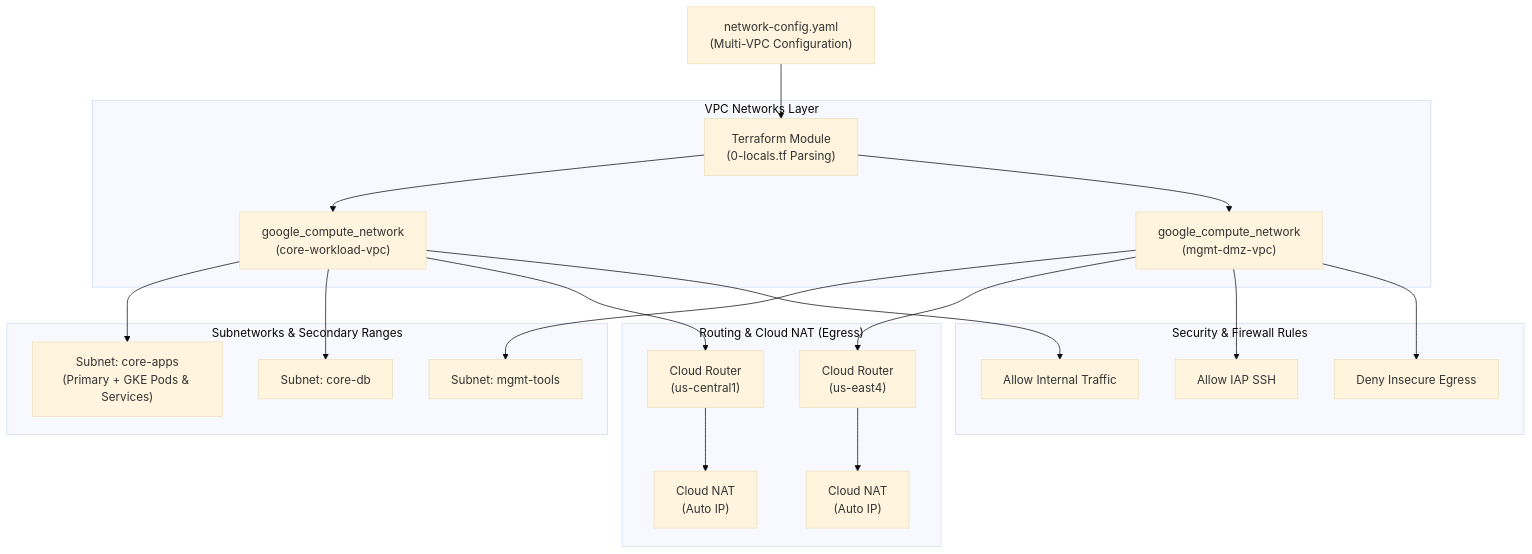
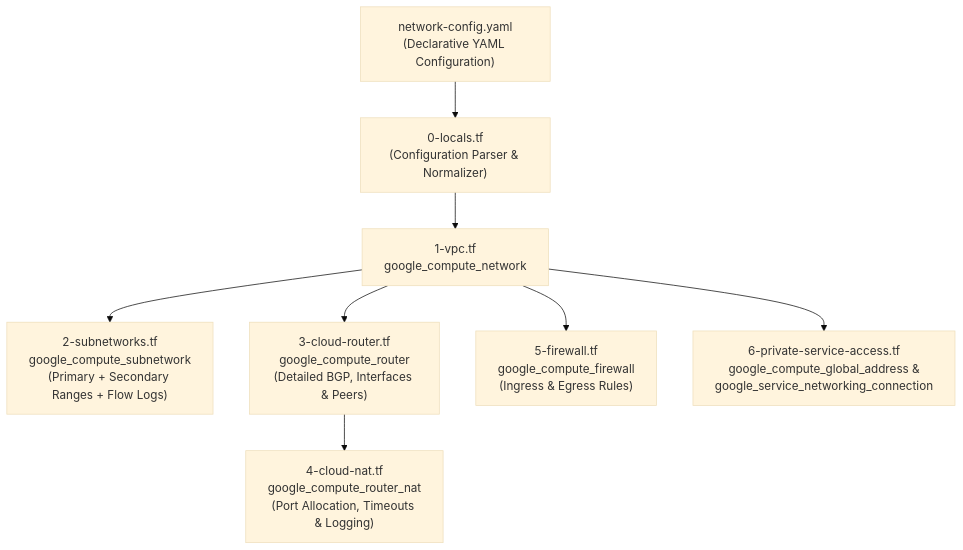
One commit to yuva-cloud-devops/gcp-terraform-custom-modules changed the diagram in networking-infrastructure/vpc-subnet-router-nat-firewall/README.md. Above: the diagram before and after it, drawn with Mermaid (base theme). The commit also changed other lines of this file and 10 other files, not shown here.

Commit message:
feat: add vpc subnet router nat firewall and psa terraform module

````diff
--- a/networking-infrastructure/vpc-subnet-router-nat-firewall/README.md
+++ b/networking-infrastructure/vpc-subnet-router-nat-firewall/README.md
@@ -16,26 +12,11 @@
 ```mermaid
 flowchart TD
-    YAML["network-config.yaml<br/>(Multi-VPC Configuration)"] --> Module["Terraform Module<br/>(0-locals.tf Parsing)"]
-    
-    subgraph VPC_Layer ["VPC Networks Layer"]
-        Module --> VPC1["google_compute_network<br/>(core-workload-vpc)"]
-        Module --> VPC2["google_compute_network<br/>(mgmt-dmz-vpc)"]
-    end
+    YAML["network-config.yaml<br/>(Declarative YAML Configuration)"] --> Locals["0-locals.tf<br/>(Configuration Parser & Normalizer)"]
 
-    subgraph Subnet_Layer ["Subnetworks & Secondary Ranges"]
-        VPC1 --> S1["Subnet: core-apps<br/>(Primary + GKE Pods & Services)"]
-        VPC1 --> S2["Subnet: core-db"]
-        VPC2 --> S3["Subnet: mgmt-tools"]
-    end
-
-    subgraph NAT_Routing_Layer ["Routing & Cloud NAT (Egress)"]
-        VPC1 --> R1["Cloud Router<br/>(us-central1)"] --> N1["Cloud NAT<br/>(Auto IP)"]
-        VPC2 --> R2["Cloud Router<br/>(us-east4)"] --> N2["Cloud NAT<br/>(Auto IP)"]
-    end
-
-    subgraph Security_Layer ["Security & Firewall Rules"]
-        VPC1 --> FW1["Allow Internal Traffic"]
-        VPC2 --> FW2["Allow IAP SSH"]
-        VPC2 --> FW3["Deny Insecure Egress"]
-    end
+    Locals --> VPC["1-vpc.tf<br/>google_compute_network"]
+    VPC --> Subnets["2-subnetworks.tf<br/>google_compute_subnetwork<br/>(Primary + Secondary Ranges + Flow Logs)"]
+    VPC --> Router["3-cloud-router.tf<br/>google_compute_router<br/>(Detailed BGP, Interfaces & Peers)"]
+    Router --> NAT["4-cloud-nat.tf<br/>google_compute_router_nat<br/>(Port Allocation, Timeouts & Logging)"]
+    VPC --> FW["5-firewall.tf<br/>google_compute_firewall<br/>(Ingress & Egress Rules)"]
+    VPC --> PSA["6-private-service-access.tf<br/>google_compute_global_address &<br/>google_service_networking_connection"]
 ```
````
